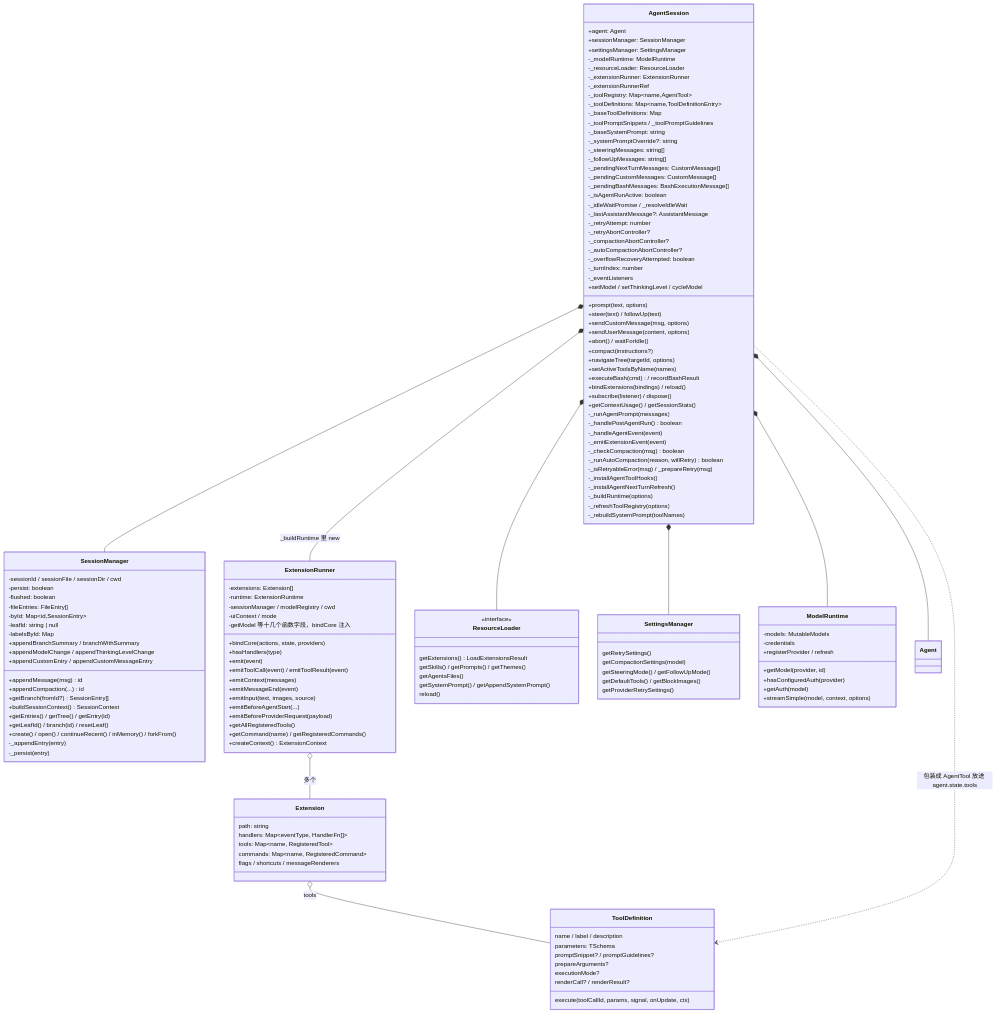
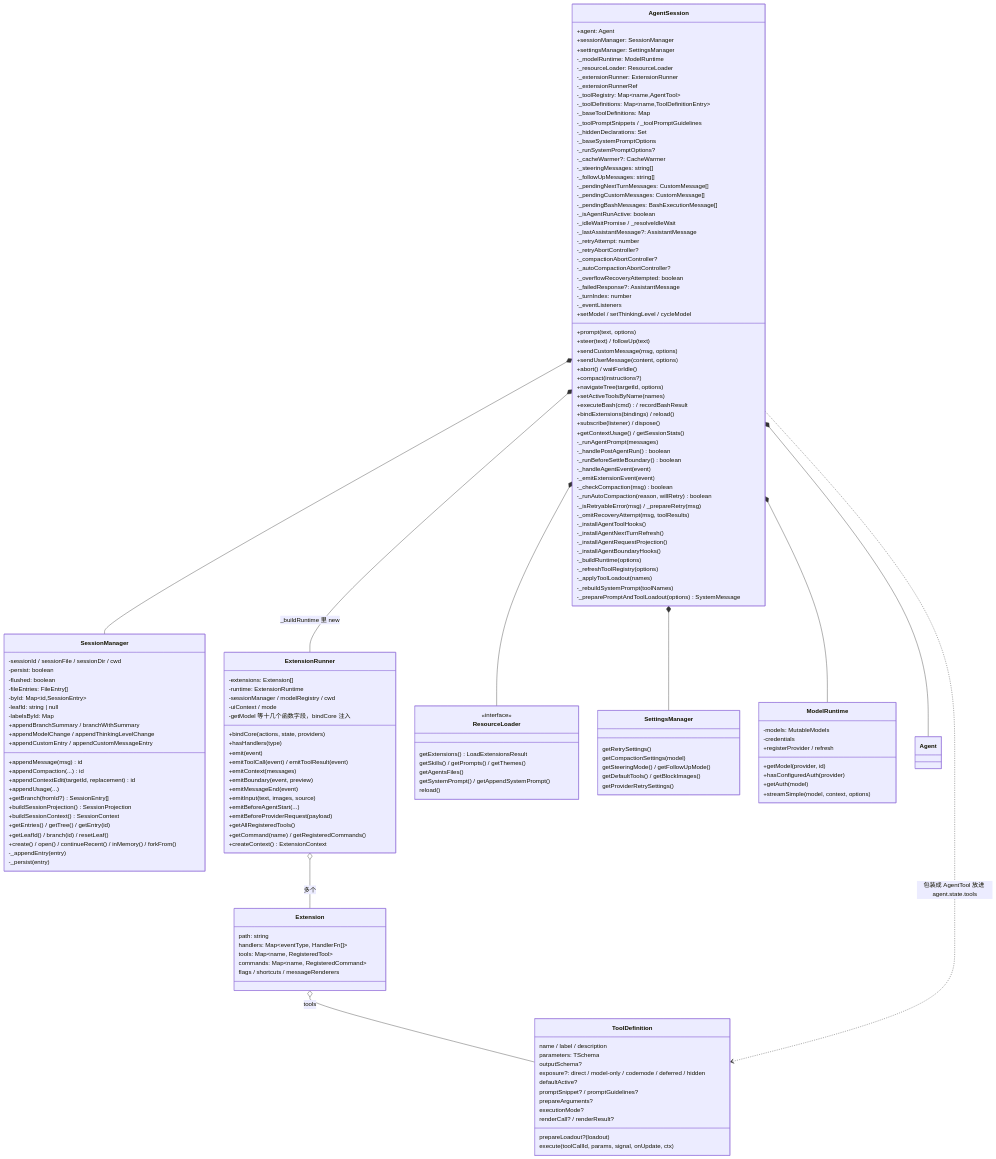
One commit to nickqiaoo/nickqiaoo.github.io changed the seventh of 18 diagrams in src/content/post/agents-pi-mono/index.md. Above: the diagram before and after it, drawn with Mermaid. The commit also changed other lines of this file and 1 other file, not shown here.

```diff
--- a/src/content/post/agents-pi-mono/index.md
+++ b/src/content/post/agents-pi-mono/index.md
@@ -445,8 +551,10 @@
     -_toolDefinitions: Map~name,ToolDefinitionEntry~
     -_baseToolDefinitions: Map
     -_toolPromptSnippets / _toolPromptGuidelines
-    -_baseSystemPrompt: string
-    -_systemPromptOverride?: string
+    -_hiddenDeclarations: Set
+    -_baseSystemPromptOptions
+    -_runSystemPromptOptions?
+    -_cacheWarmer?: CacheWarmer
     -_steeringMessages: string[]
     -_followUpMessages: string[]
     -_pendingNextTurnMessages: CustomMessage[]
@@ -460,6 +568,7 @@
     -_compactionAbortController?
     -_autoCompactionAbortController?
     -_overflowRecoveryAttempted: boolean
+    -_failedResponse?: AssistantMessage
     -_turnIndex: number
     -_eventListeners
     +prompt(text, options)
@@ -477,16 +586,22 @@
     +getContextUsage() / getSessionStats()
     -_runAgentPrompt(messages)
     -_handlePostAgentRun() boolean
+    -_runBeforeSettleBoundary() boolean
     -_handleAgentEvent(event)
     -_emitExtensionEvent(event)
     -_checkCompaction(msg) boolean
     -_runAutoCompaction(reason, willRetry) boolean
     -_isRetryableError(msg) / _prepareRetry(msg)
+    -_omitRecoveryAttempt(msg, toolResults)
     -_installAgentToolHooks()
     -_installAgentNextTurnRefresh()
+    -_installAgentRequestProjection()
+    -_installAgentBoundaryHooks()
     -_buildRuntime(options)
     -_refreshToolRegistry(options)
+    -_applyToolLoadout(names)
     -_rebuildSystemPrompt(toolNames)
+    -_preparePromptAndToolLoadout(options) SystemMessage
   }
   class SessionManager {
     -sessionId / sessionFile / sessionDir / cwd
@@ -501,7 +616,10 @@
     +appendBranchSummary / branchWithSummary
     +appendModelChange / appendThinkingLevelChange
     +appendCustomEntry / appendCustomMessageEntry
+    +appendContextEdit(targetId, replacement) id
+    +appendUsage(...)
     +getBranch(fromId?) SessionEntry[]
+    +buildSessionProjection() SessionProjection
     +buildSessionContext() SessionContext
     +getEntries() / getTree() / getEntry(id)
     +getLeafId() / branch(id) / resetLeaf()
@@ -520,6 +638,7 @@
     +emit(event)
     +emitToolCall(event) / emitToolResult(event)
     +emitContext(messages)
+    +emitBoundary(event, preview)
     +emitMessageEnd(event)
     +emitInput(text, images, source)
     +emitBeforeAgentStart(...)
@@ -562,6 +681,10 @@
   class ToolDefinition {
     name / label / description
     parameters: TSchema
+    outputSchema?
+    exposure?: direct / model-only / codemode / deferred / hidden
+    defaultActive?
+    prepareLoadout?(loadout)
     promptSnippet? / promptGuidelines?
     prepareArguments?
     executionMode?
```
